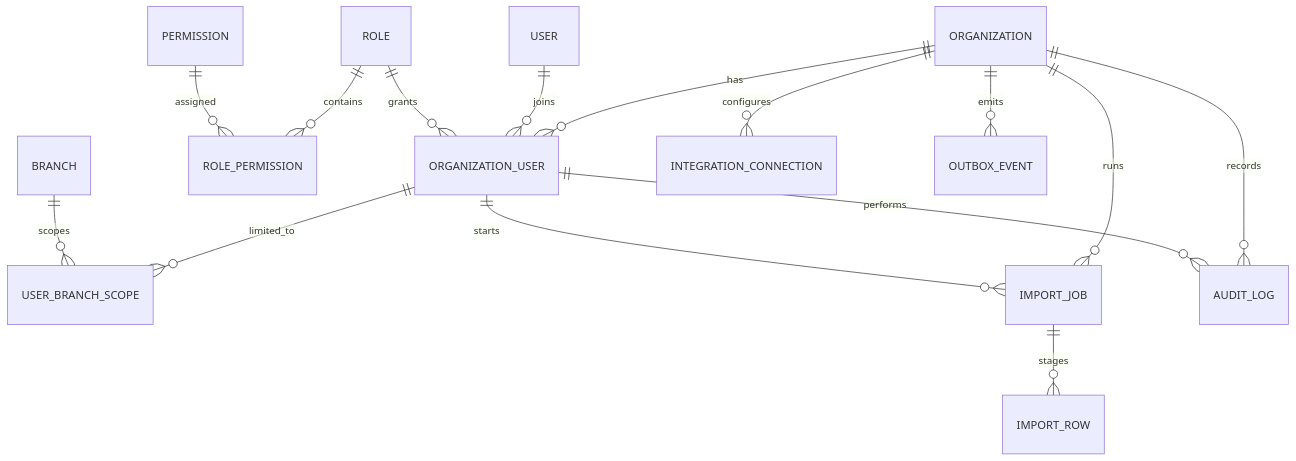
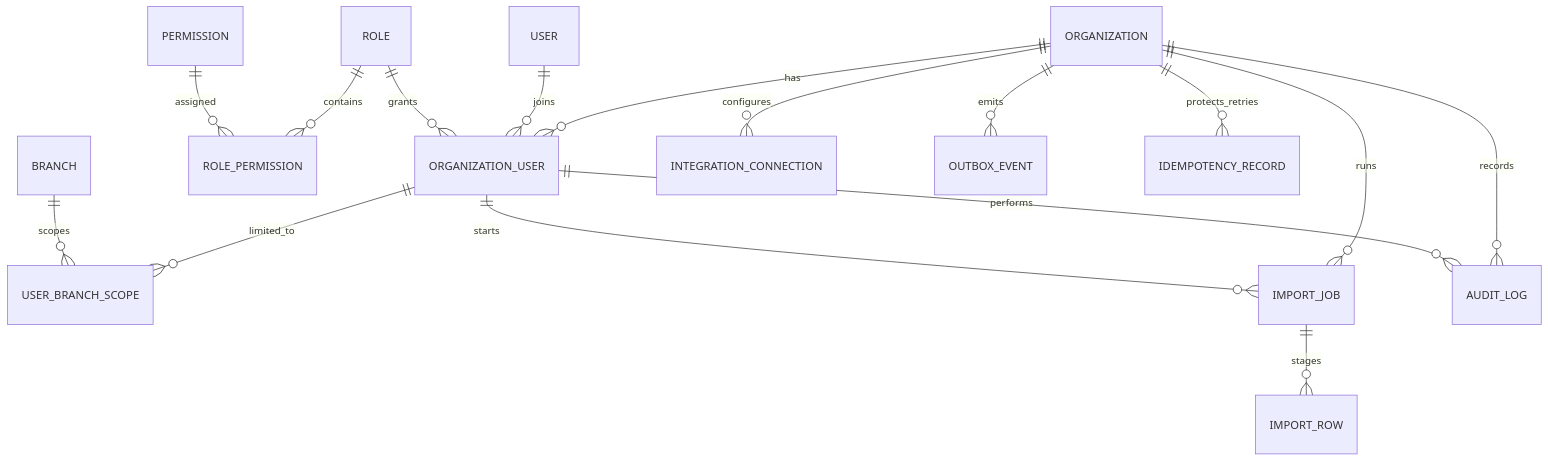
One commit to gyuxce/WAVRV2 changed the third of 3 diagrams in docs/product/custara-v1-erd.md. Above: the diagram before and after it, drawn with Mermaid. The commit also changed other lines of this file and 32 other files, not shown here.

````diff
--- a/docs/product/custara-v1-erd.md
+++ b/docs/product/custara-v1-erd.md
@@ -87,17 +87,18 @@
 ```mermaid
 erDiagram
     ORGANIZATION ||--o{ ORGANIZATION_USER : has
     USER ||--o{ ORGANIZATION_USER : joins
     ROLE ||--o{ ORGANIZATION_USER : grants
     ROLE ||--o{ ROLE_PERMISSION : contains
     PERMISSION ||--o{ ROLE_PERMISSION : assigned
     ORGANIZATION_USER ||--o{ USER_BRANCH_SCOPE : limited_to
     BRANCH ||--o{ USER_BRANCH_SCOPE : scopes
     ORGANIZATION ||--o{ IMPORT_JOB : runs
     ORGANIZATION_USER ||--o{ IMPORT_JOB : starts
     IMPORT_JOB ||--o{ IMPORT_ROW : stages
     ORGANIZATION ||--o{ INTEGRATION_CONNECTION : configures
     ORGANIZATION ||--o{ OUTBOX_EVENT : emits
     ORGANIZATION ||--o{ AUDIT_LOG : records
+    ORGANIZATION ||--o{ IDEMPOTENCY_RECORD : protects_retries
     ORGANIZATION_USER ||--o{ AUDIT_LOG : performs
 ```
````
